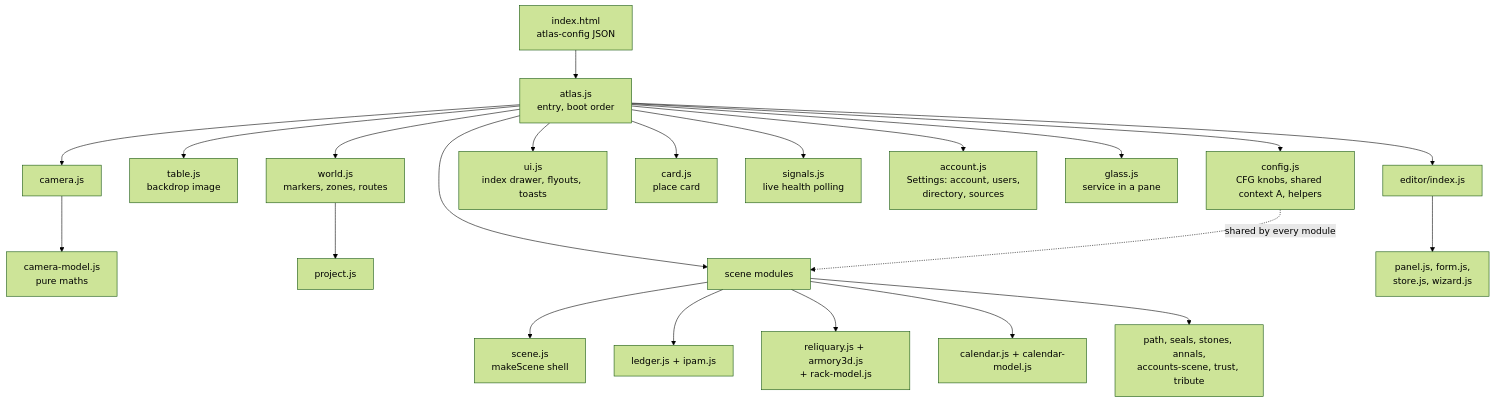
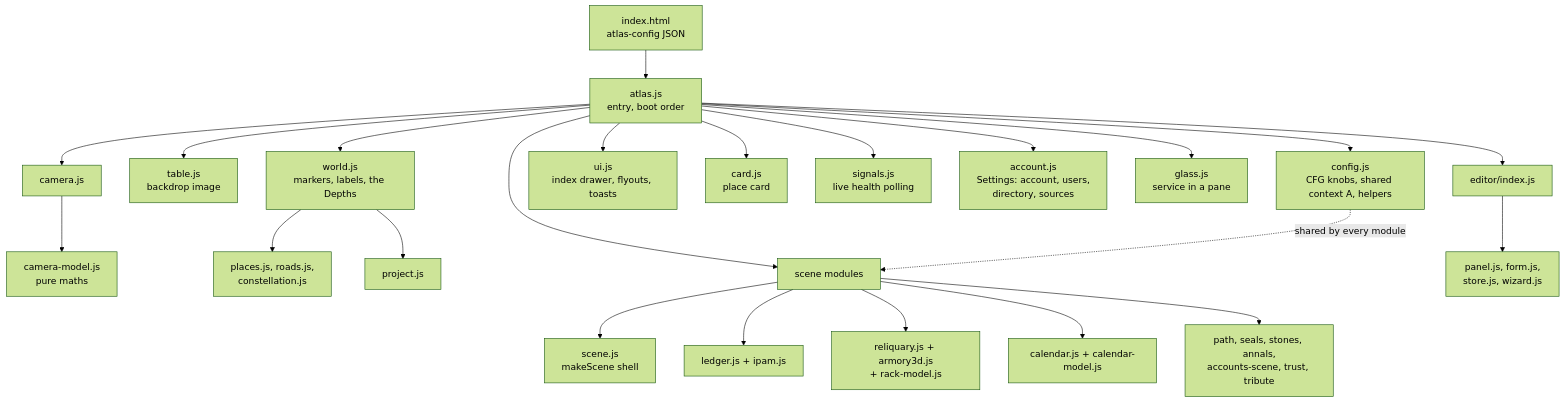
The second of 2 diagrams in docs/architecture.md (Outset-Systems/atlas), drawn with Mermaid (forest theme) before and after one commit. The commit also changed other lines of this file and 154 other files, not shown here.

````diff
--- a/docs/architecture.md
+++ b/docs/architecture.md
@@ -304,24 +315,25 @@
 ```mermaid
 flowchart TD
     IDX[index.html<br/>atlas-config JSON] --> ATLAS[atlas.js<br/>entry, boot order]
     ATLAS --> CFG[config.js<br/>CFG knobs, shared context A, helpers]
     ATLAS --> TABLE[table.js<br/>backdrop image]
     ATLAS --> CAM[camera.js]
     CAM --> CAMM[camera-model.js<br/>pure maths]
-    ATLAS --> WORLD[world.js<br/>markers, zones, routes]
+    ATLAS --> WORLD[world.js<br/>markers, labels, the Depths]
+    WORLD --> PARTS[places.js, roads.js,<br/>constellation.js]
     WORLD --> PROJ[project.js]
     ATLAS --> UI[ui.js<br/>index drawer, flyouts, toasts]
     ATLAS --> CARD[card.js<br/>place card]
     ATLAS --> SIG[signals.js<br/>live health polling]
     ATLAS --> ACC[account.js<br/>Settings: account, users,<br/>directory, sources]
     ATLAS --> SCENES[scene modules]
     SCENES --> SCENE[scene.js<br/>makeScene shell]
     SCENES --> LEDGER[ledger.js + ipam.js]
     SCENES --> RACK[reliquary.js + armory3d.js<br/>+ rack-model.js]
     SCENES --> CAL[calendar.js + calendar-model.js]
     SCENES --> OTHER[path, seals, stones, annals,<br/>accounts-scene, trust, tribute]
     ATLAS --> GLASS[glass.js<br/>service in a pane]
     ATLAS --> ED[editor/index.js]
     ED --> EDP[panel.js, form.js,<br/>store.js, wizard.js]
     CFG -. shared by every module .-> SCENES
 ```
````
